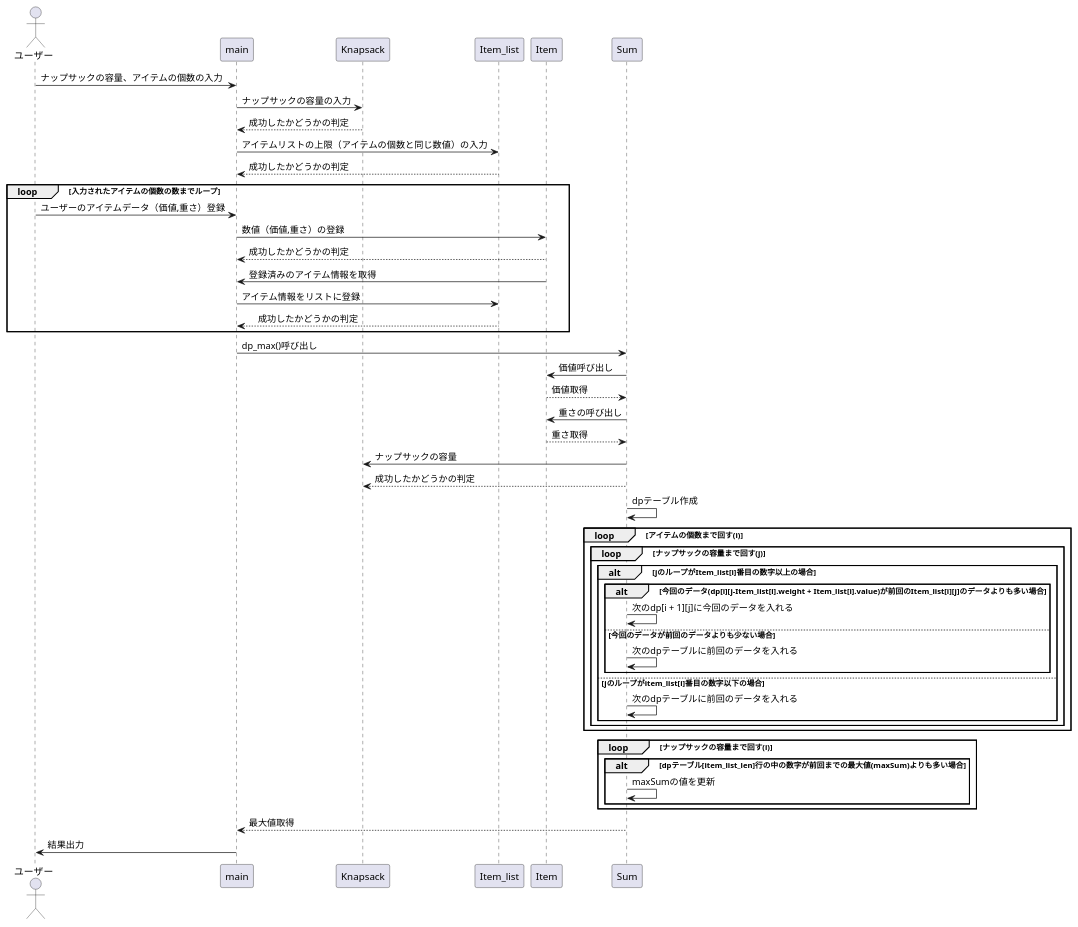
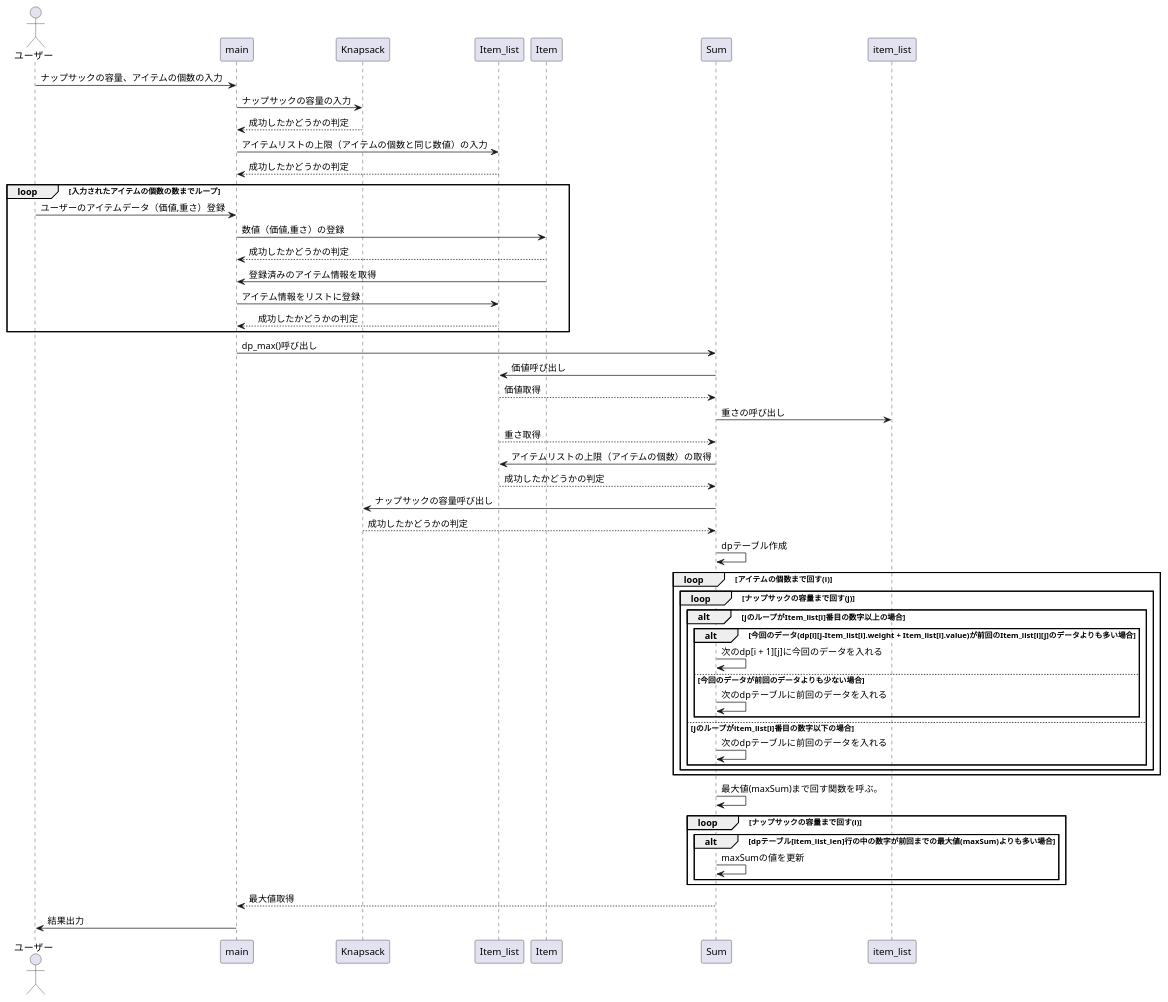
The diagram in 0219/sample2.pu (kat00000000/kt), drawn with PlantUML before and after one commit. The commit also changed 11 other files, not shown here.

```diff
--- a/0219/sample2.pu
+++ b/0219/sample2.pu
@@ -1,52 +1,56 @@
-@startuml
+@startuml シーケンス図
 
 Actor "ユーザー" as User
 
 User -> main: ナップサックの容量、アイテムの個数の入力
 main -> Knapsack: ナップサックの容量の入力
 main <-- Knapsack: 成功したかどうかの判定
 main -> Item_list: アイテムリストの上限（アイテムの個数と同じ数値）の入力
 main <-- Item_list: 成功したかどうかの判定
 
 loop 入力されたアイテムの個数の数までループ
     User -> main: ユーザーのアイテムデータ（価値,重さ）登録
     main -> Item: 数値（価値,重さ）の登録
     main <-- Item: 成功したかどうかの判定
     main <- Item: 登録済みのアイテム情報を取得
     main -> Item_list: アイテム情報をリストに登録
     main <-- Item_list:　成功したかどうかの判定
 end
 main -> Sum: dp_max()呼び出し
-Sum -> Item: 価値呼び出し
-Sum <-- Item: 価値取得
-Sum -> Item: 重さの呼び出し
-Sum <-- Item: 重さ取得
-Sum -> Knapsack:ナップサックの容量
-Knapsack <-- Sum: 成功したかどうかの判定
+Sum -> Item_list: 価値呼び出し
+Sum <-- Item_list: 価値取得
+Sum -> item_list: 重さの呼び出し
+Sum <-- Item_list: 重さ取得
+Sum -> Item_list: アイテムリストの上限（アイテムの個数）の取得
+Sum <-- Item_list: 成功したかどうかの判定
+Sum -> Knapsack:ナップサックの容量呼び出し
+Knapsack --> Sum: 成功したかどうかの判定
 
 Sum -> Sum: dpテーブル作成
 
 loop アイテムの個数まで回す(i)
     loop ナップサックの容量まで回す(j)
         alt jのループがItem_list[i]番目の数字以上の場合            
             alt 今回のデータ(dp[i][j-Item_list[i].weight + Item_list[i].value)が前回のItem_list[i][j]のデータよりも多い場合
                 Sum -> Sum:次のdp[i + 1][j]に今回のデータを入れる
             else 今回のデータが前回のデータよりも少ない場合
                 Sum -> Sum:次のdpテーブルに前回のデータを入れる
             end
         else jのループがitem_list[i]番目の数字以下の場合
             Sum -> Sum:次のdpテーブルに前回のデータを入れる
         end
     end
 end
 
+Sum -> Sum: 最大値(maxSum)まで回す関数を呼ぶ。
+
 loop ナップサックの容量まで回す(i)
     alt dpテーブル[item_list_len]行の中の数字が前回までの最大値(maxSum)よりも多い場合
         Sum -> Sum: maxSumの値を更新
     end
 end
 
 main <-- Sum: 最大値取得
 main -> User: 結果出力
 
 @enduml
```
